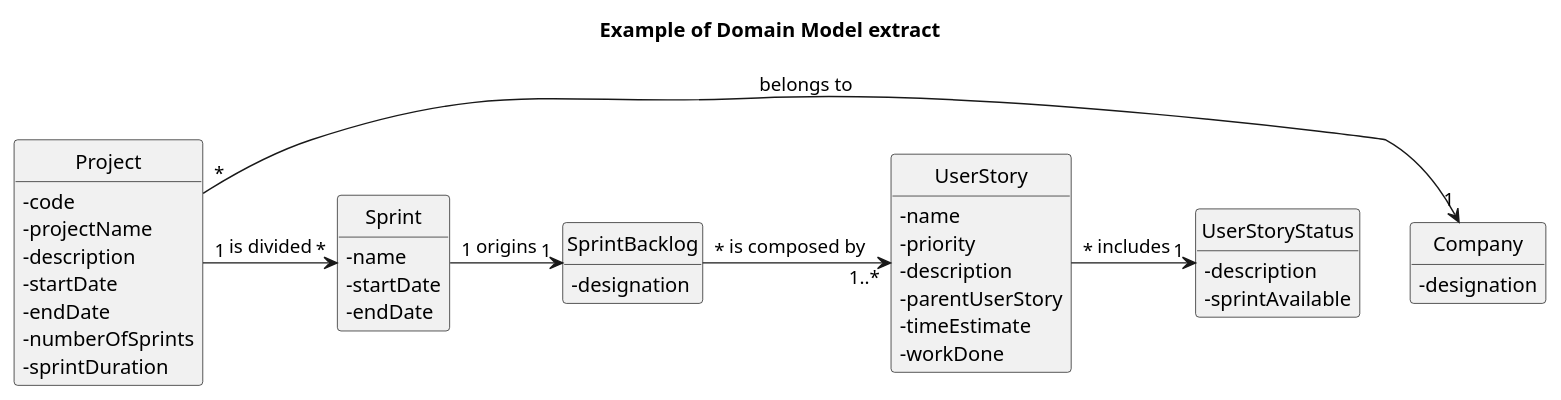
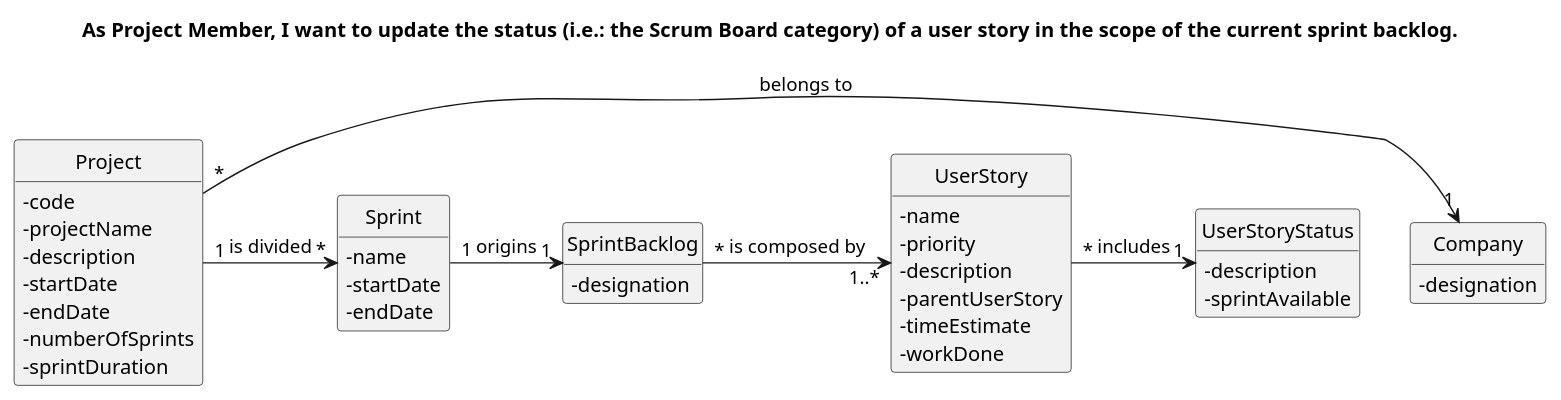
One commit to nunogon1211787/projectManagement changed the diagram in docs/Sprint3/US034/US034-MD.puml. Above: the diagram before and after it, drawn with PlantUML. The commit also changed 1 other file, not shown here.

```diff
--- a/docs/Sprint3/US034/US034-MD.puml
+++ b/docs/Sprint3/US034/US034-MD.puml
@@ -1,54 +1,55 @@
 @startuml
 'https://plantuml.com/class-diagram
 hide circle
 skinparam classAttributeIconSize 0
 hide methods
 
-title Example of Domain Model extract
+title As Project Member, I want to update the status (i.e.: the Scrum Board category) of a user story in the scope of the current sprint backlog.
+
 
 class Company {
     -designation
 }
 
 class Project {
 -code
 -projectName
 -description
 -startDate
 -endDate
 -numberOfSprints
 -sprintDuration
 }
 
 class Sprint {
 -name
 -startDate
 -endDate
 }
 
 class SprintBacklog {
     -designation
 }
 
 class UserStory {
 -name
 -priority
 -description
 -parentUserStory
 -timeEstimate
 -workDone
 }
 
 class UserStoryStatus {
 -description
 -sprintAvailable
 }
 
 
 Project "*" -> "1" Company: belongs to
 Project "1" -> "*" Sprint: is divided
 Sprint "1" -> "1" SprintBacklog: origins
 SprintBacklog "*" -> "1..*"UserStory: is composed by
 UserStory "*" -> "1" UserStoryStatus: includes
 
 @enduml
```
